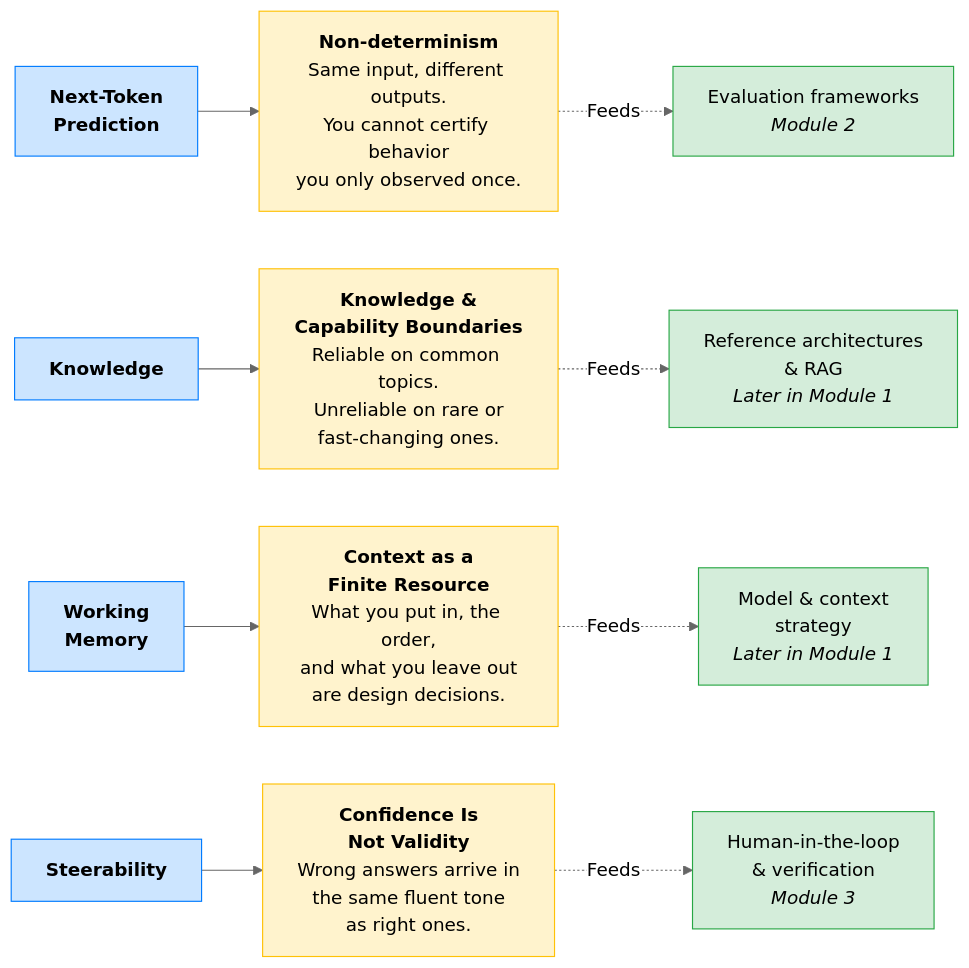
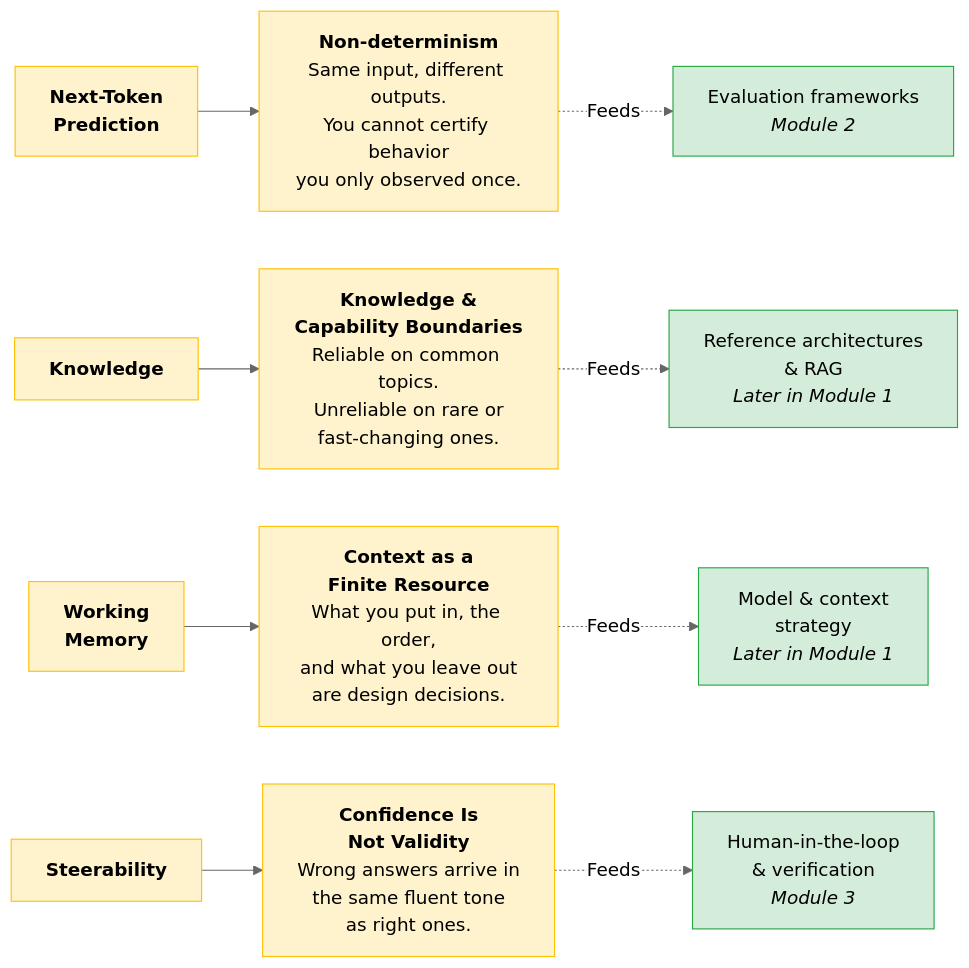
One commit to shreyabaid007/Claude-Certified-Architect changed the sixth of 7 diagrams in Professional/01-Claude-Platform-and-Solution-Design/01-How-Claude-Behaves.md. Above: the diagram before and after it, drawn with Mermaid (neutral theme). The commit also changed other lines of this file and 1 other file, not shown here.

First line of the commit message:
Standardize to two-color palette across all study diagrams

````diff
--- a/Professional/01-Claude-Platform-and-Solution-Design/01-How-Claude-Behaves.md
+++ b/Professional/01-Claude-Platform-and-Solution-Design/01-How-Claude-Behaves.md
@@ -100,26 +89,25 @@
 ```mermaid
 flowchart LR
-    classDef blue fill:#cce5ff,stroke:#007bff,color:#000
-    classDef yellow fill:#fff3cd,stroke:#ffc107,color:#000
-    classDef green fill:#d4edda,stroke:#28a745,color:#000
+    classDef concept fill:#fff3cd,stroke:#ffc107,color:#000
+    classDef action fill:#d4edda,stroke:#28a745,color:#000
 
-    P1["<b>Next-Token<br/>Prediction</b>"]:::blue
-    P2["<b>Knowledge</b>"]:::blue
-    P3["<b>Working<br/>Memory</b>"]:::blue
-    P4["<b>Steerability</b>"]:::blue
+    P1["<b>Next-Token<br/>Prediction</b>"]:::concept
+    P2["<b>Knowledge</b>"]:::concept
+    P3["<b>Working<br/>Memory</b>"]:::concept
+    P4["<b>Steerability</b>"]:::concept
 
-    D1["<b>Non-determinism</b><br/>Same input, different outputs.<br/>You cannot certify behavior<br/>you only observed once."]:::yellow
-    D2["<b>Knowledge &<br/>Capability Boundaries</b><br/>Reliable on common topics.<br/>Unreliable on rare or<br/>fast-changing ones."]:::yellow
-    D3["<b>Context as a<br/>Finite Resource</b><br/>What you put in, the order,<br/>and what you leave out<br/>are design decisions."]:::yellow
-    D4["<b>Confidence Is<br/>Not Validity</b><br/>Wrong answers arrive in<br/>the same fluent tone<br/>as right ones."]:::yellow
+    D1["<b>Non-determinism</b><br/>Same input, different outputs.<br/>You cannot certify behavior<br/>you only observed once."]:::concept
+    D2["<b>Knowledge &<br/>Capability Boundaries</b><br/>Reliable on common topics.<br/>Unreliable on rare or<br/>fast-changing ones."]:::concept
+    D3["<b>Context as a<br/>Finite Resource</b><br/>What you put in, the order,<br/>and what you leave out<br/>are design decisions."]:::concept
+    D4["<b>Confidence Is<br/>Not Validity</b><br/>Wrong answers arrive in<br/>the same fluent tone<br/>as right ones."]:::concept
 
     P1 --> D1
     P2 --> D2
     P3 --> D3
     P4 --> D4
 
-    D1 -. "Feeds" .-> E1["Evaluation frameworks<br/><i>Module 2</i>"]:::green
-    D2 -. "Feeds" .-> E2["Reference architectures<br/>& RAG<br/><i>Later in Module 1</i>"]:::green
-    D3 -. "Feeds" .-> E3["Model & context<br/>strategy<br/><i>Later in Module 1</i>"]:::green
-    D4 -. "Feeds" .-> E4["Human-in-the-loop<br/>& verification<br/><i>Module 3</i>"]:::green
+    D1 -. "Feeds" .-> E1["Evaluation frameworks<br/><i>Module 2</i>"]:::action
+    D2 -. "Feeds" .-> E2["Reference architectures<br/>& RAG<br/><i>Later in Module 1</i>"]:::action
+    D3 -. "Feeds" .-> E3["Model & context<br/>strategy<br/><i>Later in Module 1</i>"]:::action
+    D4 -. "Feeds" .-> E4["Human-in-the-loop<br/>& verification<br/><i>Module 3</i>"]:::action
 ```
````
